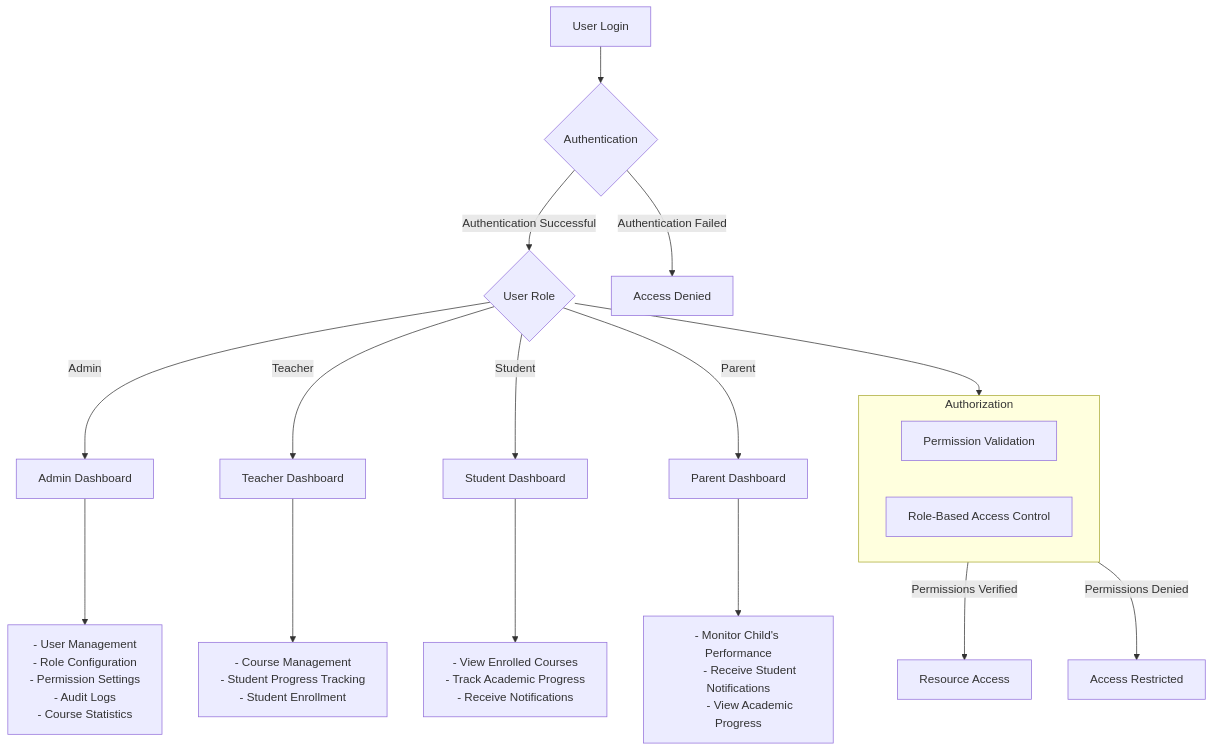
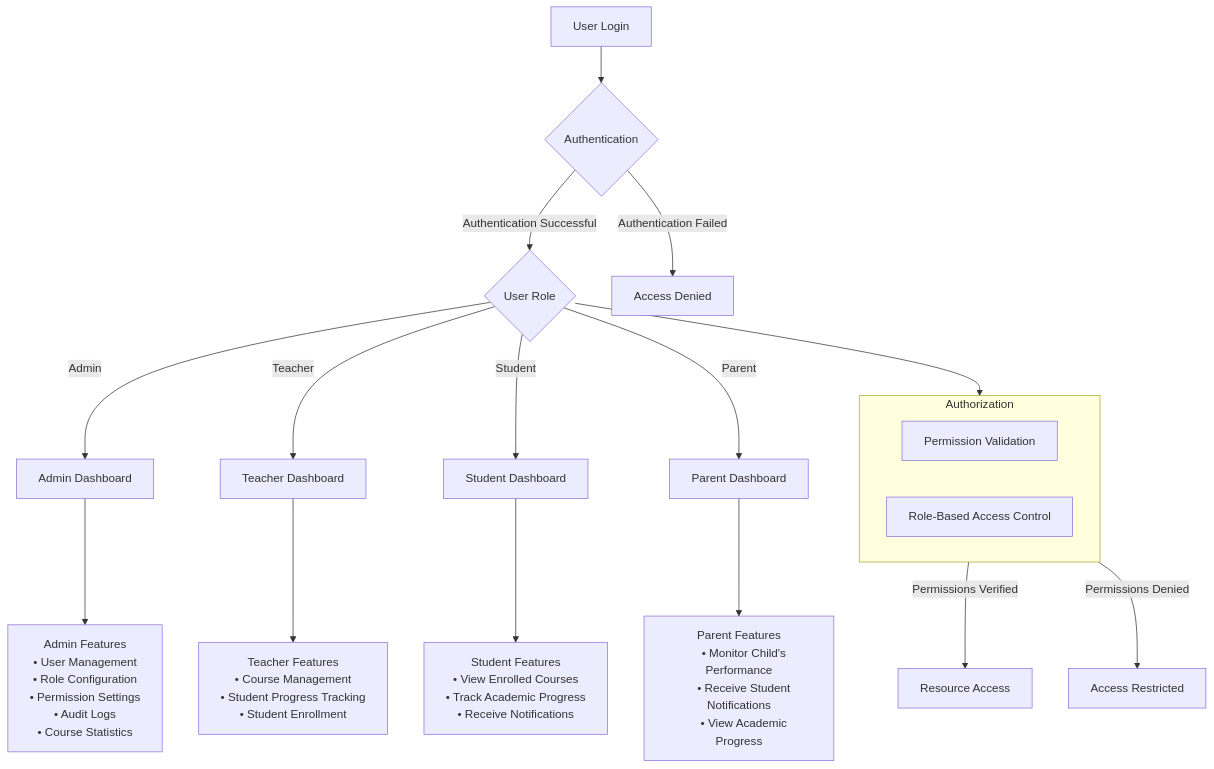
The diagram in README.md (Uttam-Mahata/educational-rbac), drawn with Mermaid before and after one commit.

````diff
--- a/README.md
+++ b/README.md
@@ -7,46 +7,42 @@
 ```mermaid
 flowchart TD
     A[User Login] --> B{Authentication}
     B --> |Authentication Successful| C{User Role}
     B --> |Authentication Failed| D[Access Denied]
     
     C --> |Admin| E[Admin Dashboard]
-    E --> AdminFeatures[
-        - User Management
-        - Role Configuration
-        - Permission Settings
-        - Audit Logs
-        - Course Statistics
-    ]
+    E --> AdminFeatures["Admin Features
+    • User Management
+    • Role Configuration
+    • Permission Settings
+    • Audit Logs
+    • Course Statistics"]
     
     C --> |Teacher| F[Teacher Dashboard]
-    F --> TeacherFeatures[
-        - Course Management
-        - Student Progress Tracking
-        - Student Enrollment
-    ]
+    F --> TeacherFeatures["Teacher Features
+    • Course Management
+    • Student Progress Tracking
+    • Student Enrollment"]
     
     C --> |Student| G[Student Dashboard]
-    G --> StudentFeatures[
-        - View Enrolled Courses
-        - Track Academic Progress
-        - Receive Notifications
-    ]
+    G --> StudentFeatures["Student Features
+    • View Enrolled Courses
+    • Track Academic Progress
+    • Receive Notifications"]
     
     C --> |Parent| H[Parent Dashboard]
-    H --> ParentFeatures[
-        - Monitor Child's Performance
-        - Receive Student Notifications
-        - View Academic Progress
-    ]
+    H --> ParentFeatures["Parent Features
+    • Monitor Child's Performance
+    • Receive Student Notifications
+    • View Academic Progress"]
     
     subgraph Authorization
         direction LR
         PermissionCheck[Permission Validation]
         RoleBasedAccess[Role-Based Access Control]
     end
     
     C --> Authorization
     Authorization --> |Permissions Verified| I[Resource Access]
     Authorization --> |Permissions Denied| J[Access Restricted]
 ```
````
